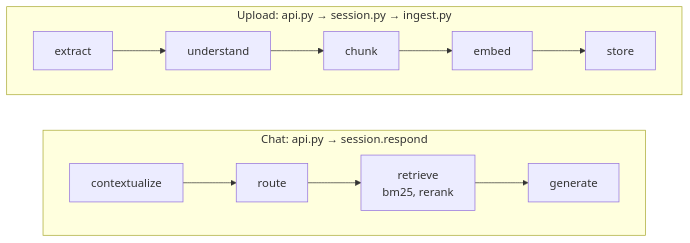
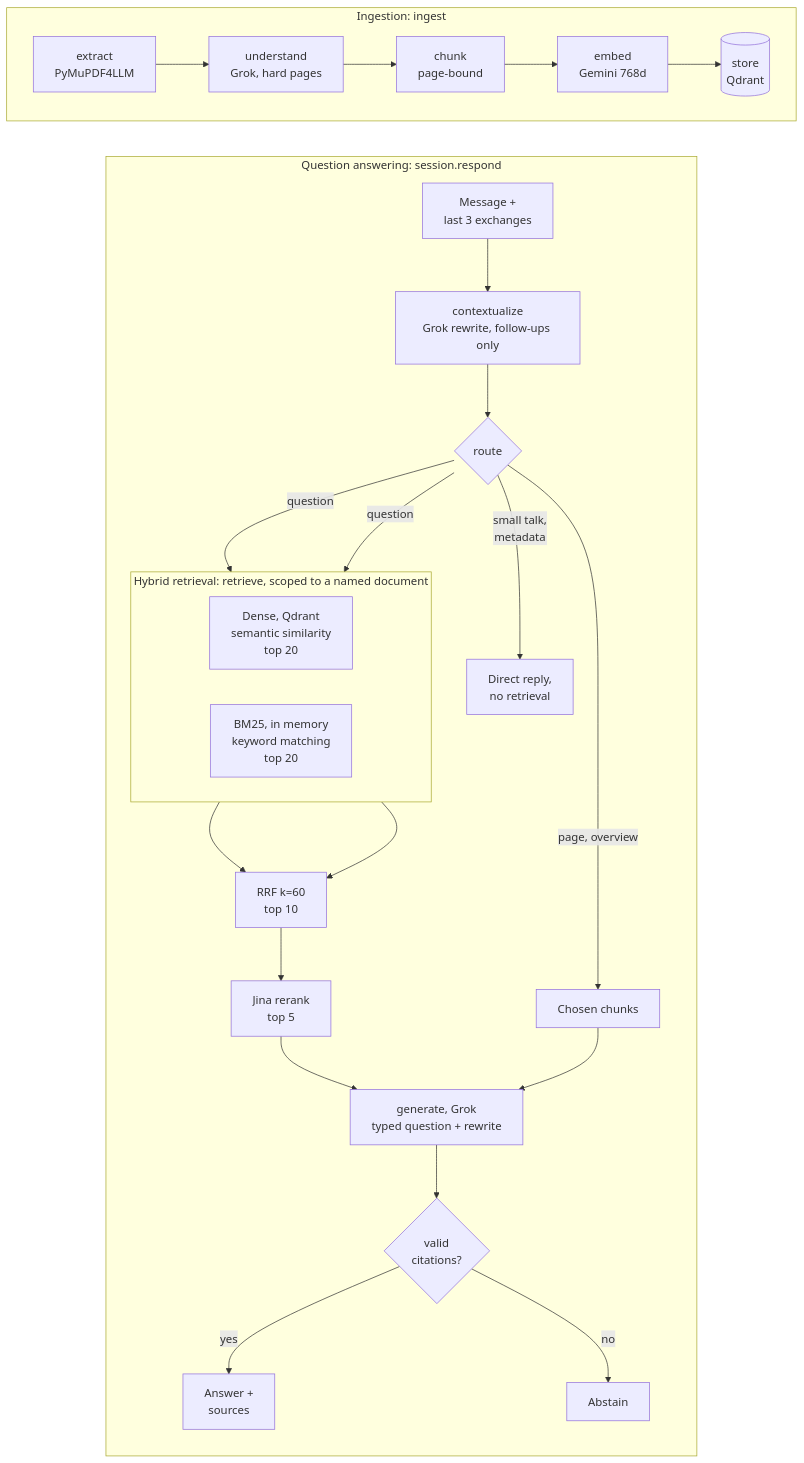
One commit to tarunkauxhik/multimodal-enterprise-rag changed the second of 3 diagrams in README.md. Above: the diagram before and after it, drawn with Mermaid. The commit also changed other lines of this file, not shown here.

````diff
--- a/README.md
+++ b/README.md
@@ -34,12 +34,32 @@
 ```mermaid
 flowchart TB
-    subgraph ING["Upload: api.py → session.py → ingest.py"]
+    subgraph ING["Ingestion: ingest"]
         direction LR
-        EX["extract"] --> UN["understand"] --> CH["chunk"] --> EM["embed"] --> ST["store"]
+        EX["extract<br/>PyMuPDF4LLM"] --> UN["understand<br/>Grok, hard pages"] --> CH["chunk<br/>page-bound"] --> EM["embed<br/>Gemini 768d"] --> ST[("store<br/>Qdrant")]
     end
-    subgraph QA["Chat: api.py → session.respond"]
-        direction LR
-        CX["contextualize"] --> RT["route"] --> RE["retrieve<br/>bm25, rerank"] --> GE["generate"]
+
+    subgraph ASK["Question answering: session.respond"]
+        direction TB
+        MSG["Message +<br/>last 3 exchanges"] --> CX["contextualize<br/>Grok rewrite, follow-ups only"]
+        CX --> RT{"route"}
+        RT -->|"small talk,<br/>metadata"| DIRECT["Direct reply,<br/>no retrieval"]
+        RT -->|"page, overview"| PICK["Chosen chunks"]
+        RT -->|"question"| DN
+        RT -->|"question"| BM
+        subgraph HYB["Hybrid retrieval: retrieve, scoped to a named document"]
+            direction LR
+            DN["Dense, Qdrant<br/>semantic similarity<br/>top 20"]
+            BM["BM25, in memory<br/>keyword matching<br/>top 20"]
+        end
+        DN --> RRF["RRF k=60<br/>top 10"]
+        BM --> RRF
+        RRF --> JR["Jina rerank<br/>top 5"]
+        JR --> GEN["generate, Grok<br/>typed question + rewrite"]
+        PICK --> GEN
+        GEN --> VAL{"valid<br/>citations?"}
+        VAL -->|"yes"| ANS["Answer +<br/>sources"]
+        VAL -->|"no"| ABS["Abstain"]
     end
-    ING ~~~ QA
+
+    ING ~~~ ASK
 ```
````
